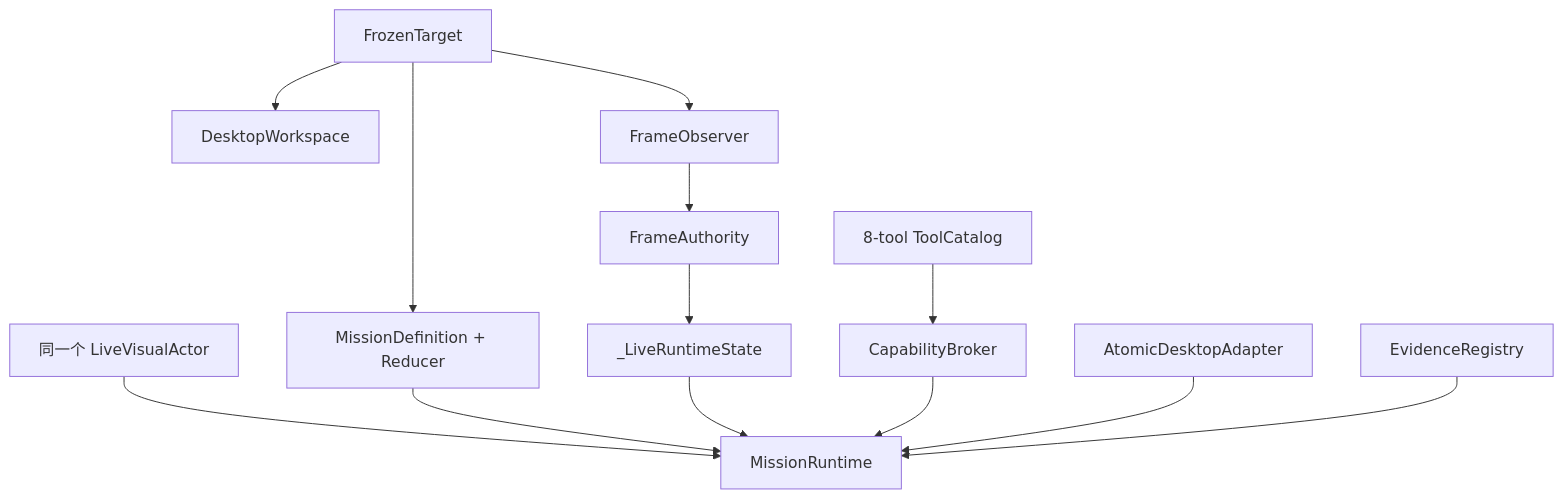
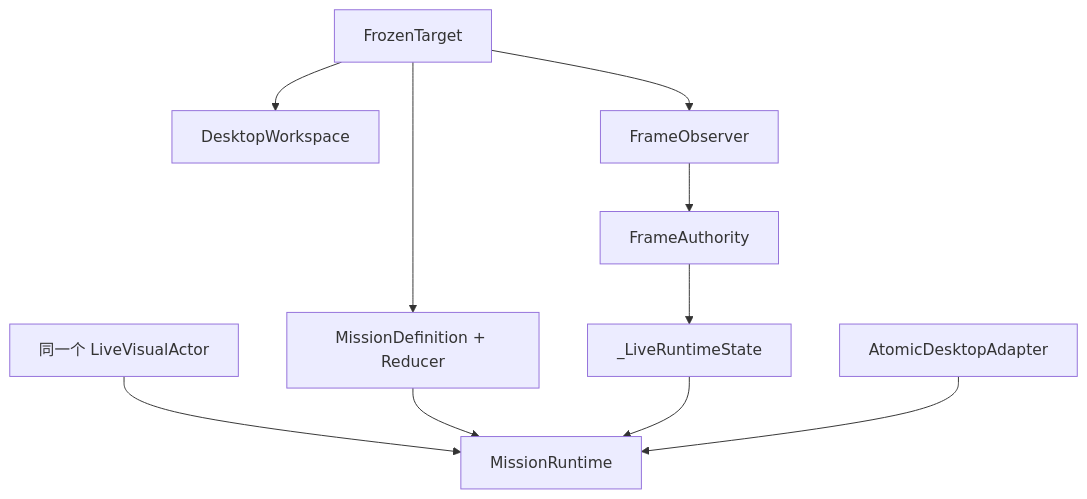
The sixth of 10 diagrams in docs/project-guide/02-runtime-flows.md (zoujiapeng/lingdong-script), drawn with Mermaid before and after one commit. The commit also changed other lines of this file and 23 other files, not shown here.

Commit message:
Document simplified post-migration architecture

````diff
--- a/docs/project-guide/02-runtime-flows.md
+++ b/docs/project-guide/02-runtime-flows.md
@@ -277,15 +277,12 @@
 ```mermaid
 flowchart TD
   Target["FrozenTarget"] --> Mission["MissionDefinition + Reducer"]
   Target --> Workspace["DesktopWorkspace"]
   Target --> Observer["FrameObserver"]
   Observer --> Authority["FrameAuthority"]
   Authority --> State["_LiveRuntimeState"]
-  Catalog["8-tool ToolCatalog"] --> Broker["CapabilityBroker"]
   Actor["同一个 LiveVisualActor"] --> Runtime["MissionRuntime"]
   Mission --> Runtime
   State --> Runtime
-  Broker --> Runtime
   Adapter["AtomicDesktopAdapter"] --> Runtime
-  Registry["EvidenceRegistry"] --> Runtime
 ```
````
